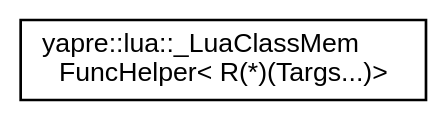
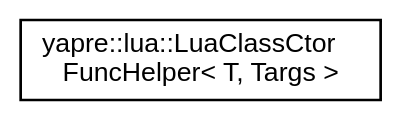
Before and after one commit to yapre-run/doc: the diagram in docs/inherit_graph_4.dot, drawn with Graphviz. The commit also changed 298 other files, not shown here.

```diff
--- a/docs/inherit_graph_4.dot
+++ b/docs/inherit_graph_4.dot
@@ -1,9 +1,9 @@
 digraph "Graphical Class Hierarchy"
 {
  // LATEX_PDF_SIZE
   bgcolor="transparent";
   edge [fontname="Helvetica",fontsize="10",labelfontname="Helvetica",labelfontsize="10"];
   node [fontname="Helvetica",fontsize="10",shape=record];
   rankdir="LR";
-  Node0 [label="yapre::lua::_LuaClassMem\lFuncHelper\< R(*)(Targs...)\>",height=0.2,width=0.4,color="black",URL="$structyapre_1_1lua_1_1___lua_class_mem_func_helper_3_01_r_07_5_08_07_targs_8_8_8_08_4.html",tooltip=" "];
+  Node0 [label="yapre::lua::LuaClassCtor\lFuncHelper\< T, Targs \>",height=0.2,width=0.4,color="black",URL="$structyapre_1_1lua_1_1_lua_class_ctor_func_helper.html",tooltip=" "];
 }
```
